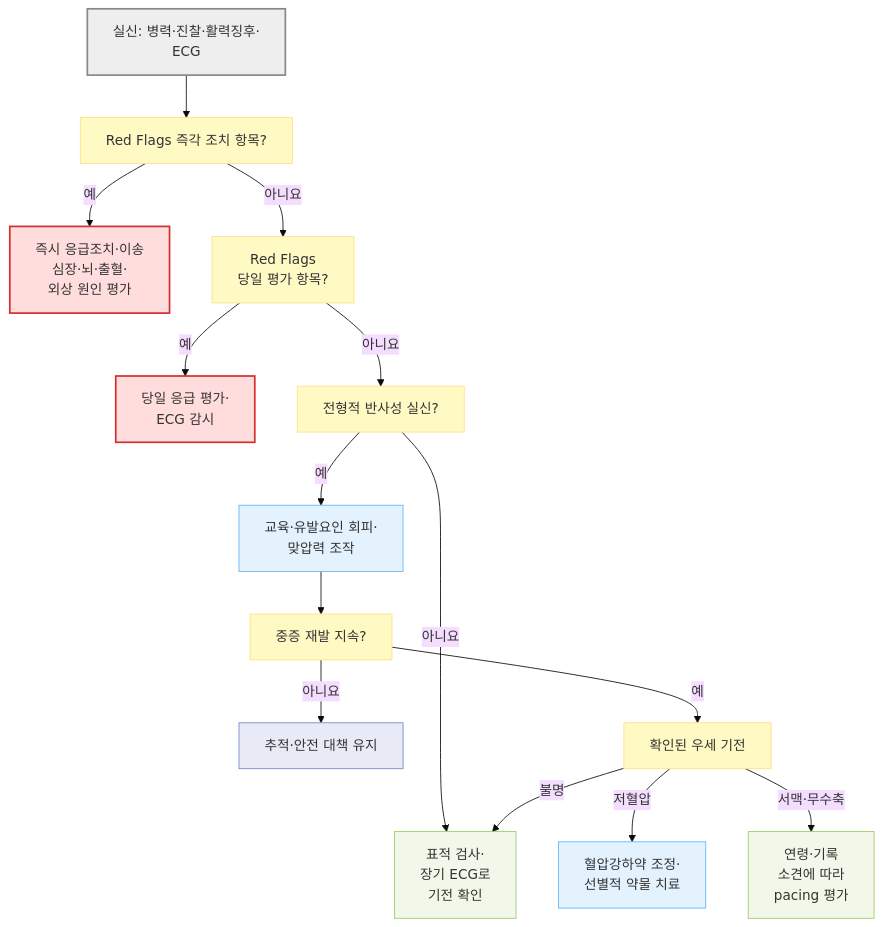
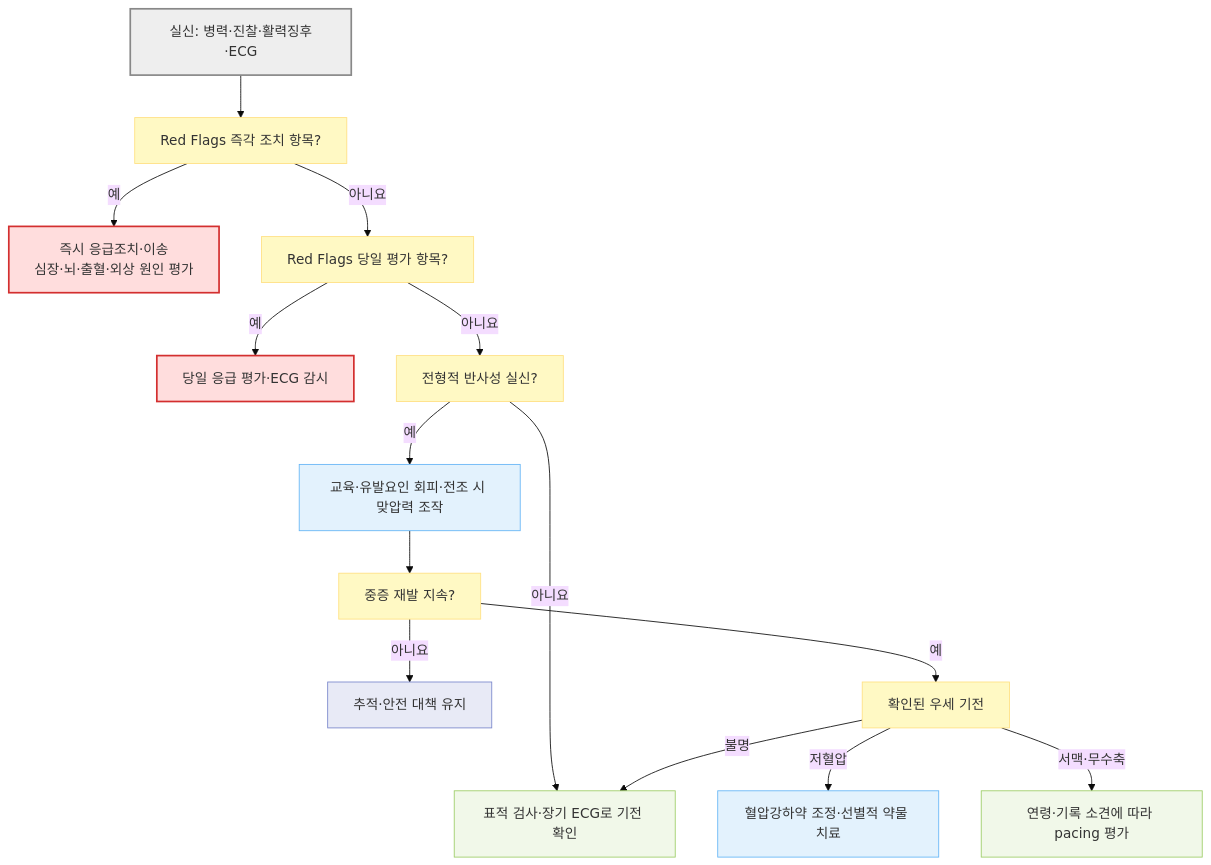
One commit to familyoh77/familyoh77 changed the diagram in 221_/022_-reflex-syncope.md. Above: the diagram before and after it, drawn with Mermaid (base theme). The commit also changed other lines of this file and 1 other file, not shown here.

````diff
--- a/221_/022_-reflex-syncope.md
+++ b/221_/022_-reflex-syncope.md
@@ -133,28 +133,29 @@
 ```mermaid
 flowchart TD
-    A["실신: 병력·진찰·활력징후·<br/>ECG"] --> B["Red Flags 즉각 조치 항목?"]
-    B -- "예" --> C["즉시 응급조치·이송<br>심장·뇌·출혈·<br/>외상 원인 평가"]
-    B -- "아니요" --> B2["Red Flags <br/>당일 평가 항목?"]
-    B2 -- "예" --> C2["당일 응급 평가·<br/>ECG 감시"]
+    A["실신: 병력·진찰·활력징후·ECG"] --> B["Red Flags 즉각 조치 항목?"]
+    B -- "예" --> C["즉시 응급조치·이송<br>심장·뇌·출혈·외상 원인 평가"]
+    B -- "아니요" --> B2["Red Flags 당일 평가 항목?"]
+    B2 -- "예" --> C2["당일 응급 평가·ECG 감시"]
     B2 -- "아니요" --> D["전형적 반사성 실신?"]
-    D -- "아니요" --> E["표적 검사·<br/>장기 ECG로 <br/>기전 확인"]
-    D -- "예" --> F["교육·유발요인 회피·<br/>맞압력 조작"]
+    D -- "아니요" --> E["표적 검사·장기 ECG로 기전 확인"]
+    D -- "예" --> F["교육·유발요인 회피·전조 시 맞압력 조작"]
     F --> G["중증 재발 지속?"]
     G -- "아니요" --> H["추적·안전 대책 유지"]
     G -- "예" --> I["확인된 우세 기전"]
-    I -- "저혈압" --> J["혈압강하약 조정·<br/>선별적 약물 치료"]
-    I -- "서맥·무수축" --> K["연령·기록 <br/>소견에 따라 <br/>pacing 평가"]
+    I -- "저혈압" --> J["혈압강하약 조정·선별적 약물 치료"]
+    I -- "서맥·무수축" --> K["연령·기록 소견에 따라 pacing 평가"]
     I -- "불명" --> E
+
     classDef start fill:#eeeeee,stroke:#888888,stroke-width:2px
     classDef question fill:#fff9c4,stroke:#ffe082
     classDef emergency fill:#ffdddd,stroke:#d32f2f,stroke-width:2px
     classDef evaluation fill:#f1f8e9,stroke:#9ccc65
     classDef treatment fill:#e3f2fd,stroke:#64b5f6
     classDef followup fill:#e8eaf6,stroke:#7986cb
     class A start
     class B,B2,D,G,I question
     class C,C2 emergency
     class E,K evaluation
     class F,J treatment
     class H followup
 ```
````
